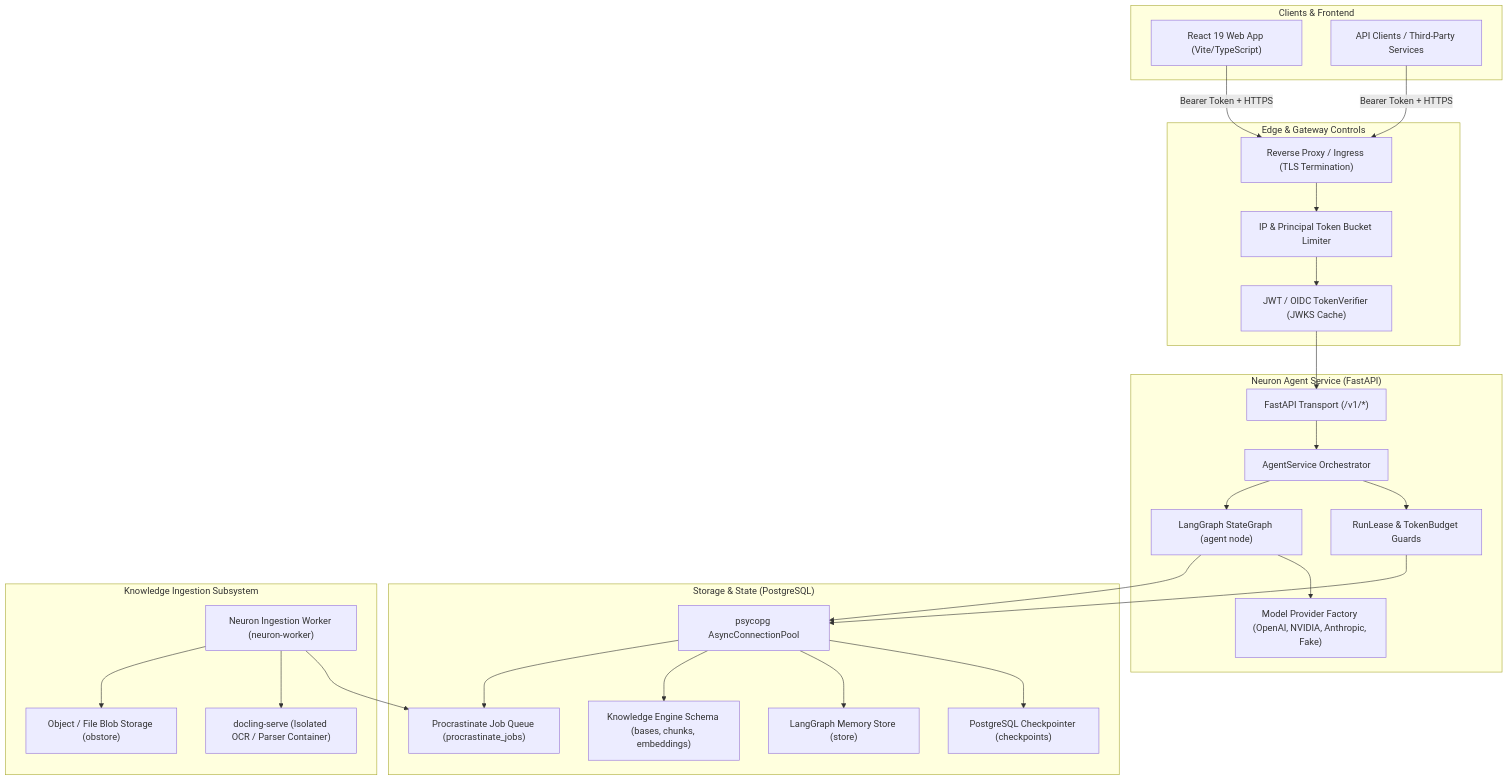
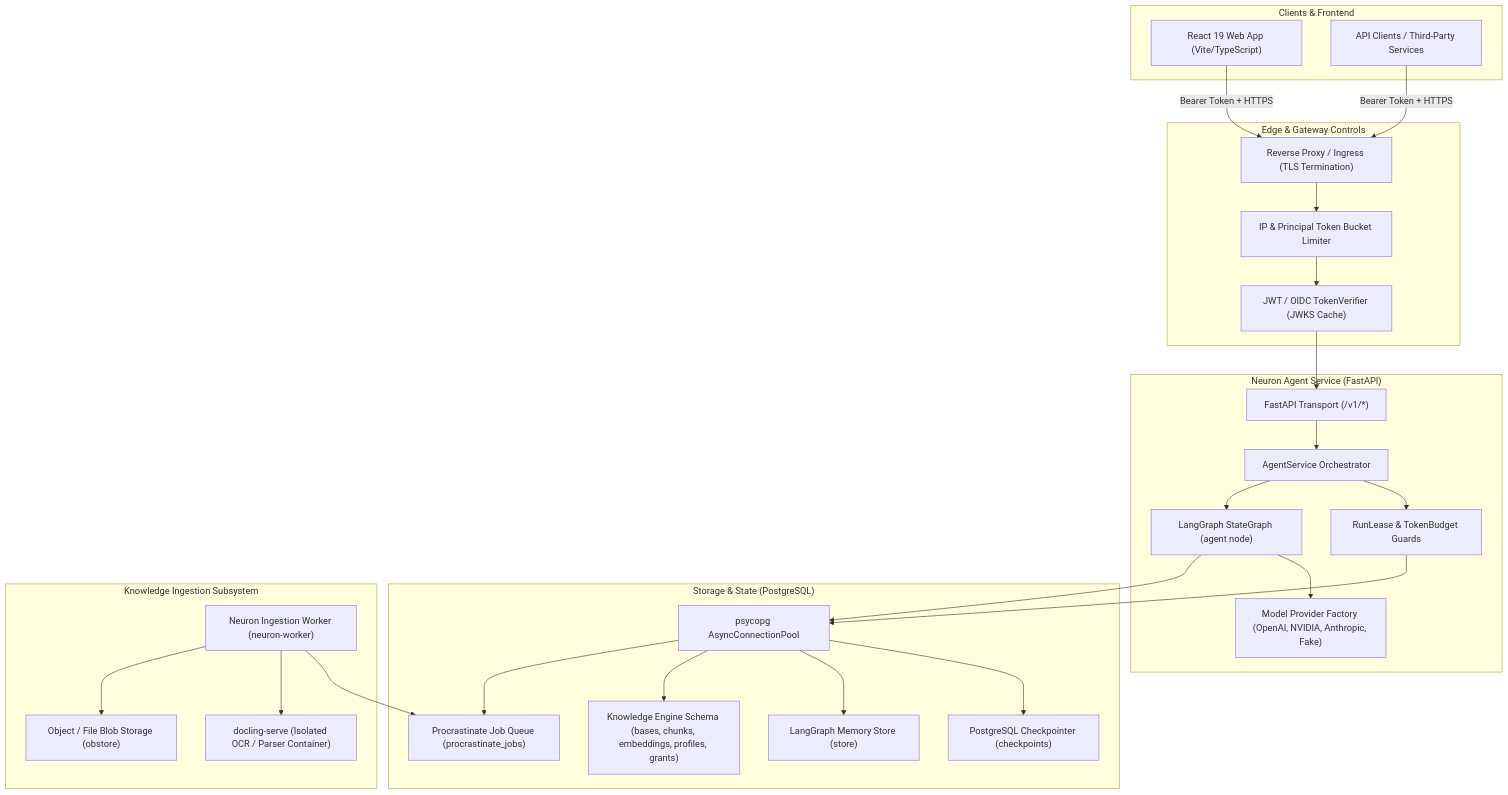
The first of 2 diagrams in docs/product_documentation/overview/product-overview.md (Md-Nisar/neuron), drawn with Mermaid before and after one commit. The commit also changed other lines of this file and 16 other files, not shown here.

````diff
--- a/docs/product_documentation/overview/product-overview.md
+++ b/docs/product_documentation/overview/product-overview.md
@@ -21,54 +21,54 @@
 ```mermaid
 flowchart TD
     subgraph Clients["Clients & Frontend"]
         Browser["React 19 Web App (Vite/TypeScript)"]
         ExternalClient["API Clients / Third-Party Services"]
     end
 
     subgraph Security["Edge & Gateway Controls"]
         Proxy["Reverse Proxy / Ingress (TLS Termination)"]
         RateLimiter["IP & Principal Token Bucket Limiter"]
         TokenVerifier["JWT / OIDC TokenVerifier (JWKS Cache)"]
     end
 
     subgraph CoreService["Neuron Agent Service (FastAPI)"]
         API["FastAPI Transport (/v1/*)"]
         Service["AgentService Orchestrator"]
         RunGuard["RunLease & TokenBudget Guards"]
         LangGraph["LangGraph StateGraph (agent node)"]
         ModelHarness["Model Provider Factory (OpenAI, NVIDIA, Anthropic, Fake)"]
     end
 
     subgraph Persistence["Storage & State (PostgreSQL)"]
         PGPool["psycopg AsyncConnectionPool"]
         Checkpointer["PostgreSQL Checkpointer (checkpoints)"]
         Store["LangGraph Memory Store (store)"]
-        KnowledgeDB["Knowledge Engine Schema (bases, chunks, embeddings)"]
+        KnowledgeDB["Knowledge Engine Schema (bases, chunks, embeddings, profiles, grants)"]
         Queue["Procrastinate Job Queue (procrastinate_jobs)"]
     end
 
     subgraph Background["Knowledge Ingestion Subsystem"]
         Worker["Neuron Ingestion Worker (neuron-worker)"]
         Docling["docling-serve (Isolated OCR / Parser Container)"]
         BlobStore["Object / File Blob Storage (obstore)"]
     end
 
     Browser -->|Bearer Token + HTTPS| Proxy
     ExternalClient -->|Bearer Token + HTTPS| Proxy
     Proxy --> RateLimiter
     RateLimiter --> TokenVerifier
     TokenVerifier --> API
     API --> Service
     Service --> RunGuard
     Service --> LangGraph
     LangGraph --> ModelHarness
     RunGuard --> PGPool
     LangGraph --> PGPool
     PGPool --> Checkpointer
     PGPool --> Store
     PGPool --> KnowledgeDB
     PGPool --> Queue
     Worker --> Queue
     Worker --> Docling
     Worker --> BlobStore
 ```
````
